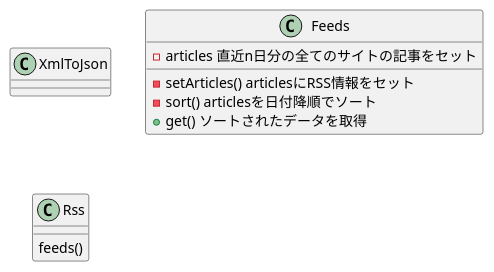
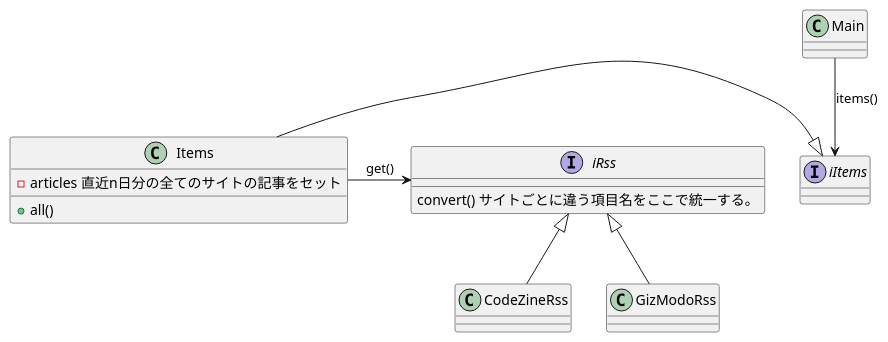
One commit to TOnodera/giita-dev changed the diagram in document/class.wsd. Above: the diagram before and after it, drawn with PlantUML. The commit also changed 17 other files, not shown here.

```diff
--- a/document/class.wsd
+++ b/document/class.wsd
@@ -1,18 +1,38 @@
 @startuml
 
-class XmlToJson
+class Main
 
-class Feeds{
+class Items{
     -articles 直近n日分の全てのサイトの記事をセット
-    -setArticles() articlesにRSS情報をセット
-    -sort() articlesを日付降順でソート
-    +get() ソートされたデータを取得 
+    +all() 
 }
 
-class Rss{
-    feeds()
+interface iRss{
+    convert() サイトごとに違う項目名をここで統一する。
 }
+
+class CodeZineRss{
+
+}
+
+class GizModoRss{
+
+}
+
+interface iItems
+
+Main --> iItems : items()
+Items -|> iItems
+Items -> iRss : get()
+
+iRss <|-- CodeZineRss
+iRss <|-- GizModoRss
+
+
+
+
+
 
 
 
 @enduml
```
